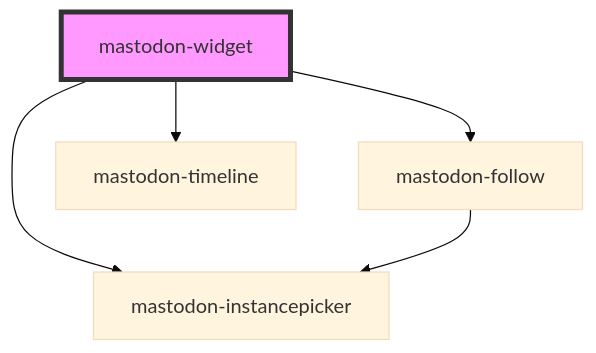
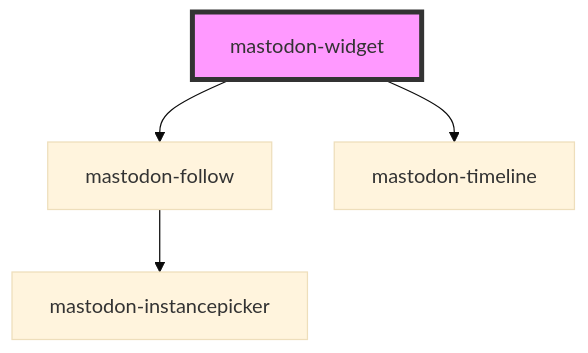
One commit to splitbrain/mastodon-widget changed the diagram in src/components/mastodon-widget/readme.md. Above: the diagram before and after it, drawn with Mermaid (base theme). The commit also changed other lines of this file and 1 other file, not shown here.

Commit message:
updated the autogenerated docs

````diff
--- a/src/components/mastodon-widget/readme.md
+++ b/src/components/mastodon-widget/readme.md
@@ -45,8 +44,7 @@
 ```mermaid
 graph TD;
   mastodon-widget --> mastodon-follow
   mastodon-widget --> mastodon-timeline
-  mastodon-widget --> mastodon-instancepicker
   mastodon-follow --> mastodon-instancepicker
   style mastodon-widget fill:#f9f,stroke:#333,stroke-width:4px
 ```
````
